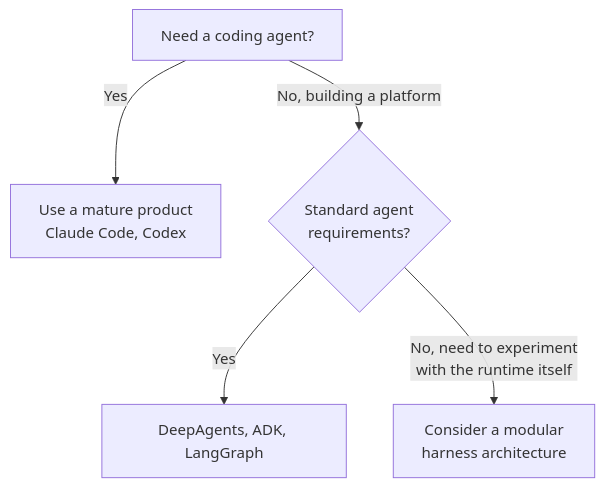
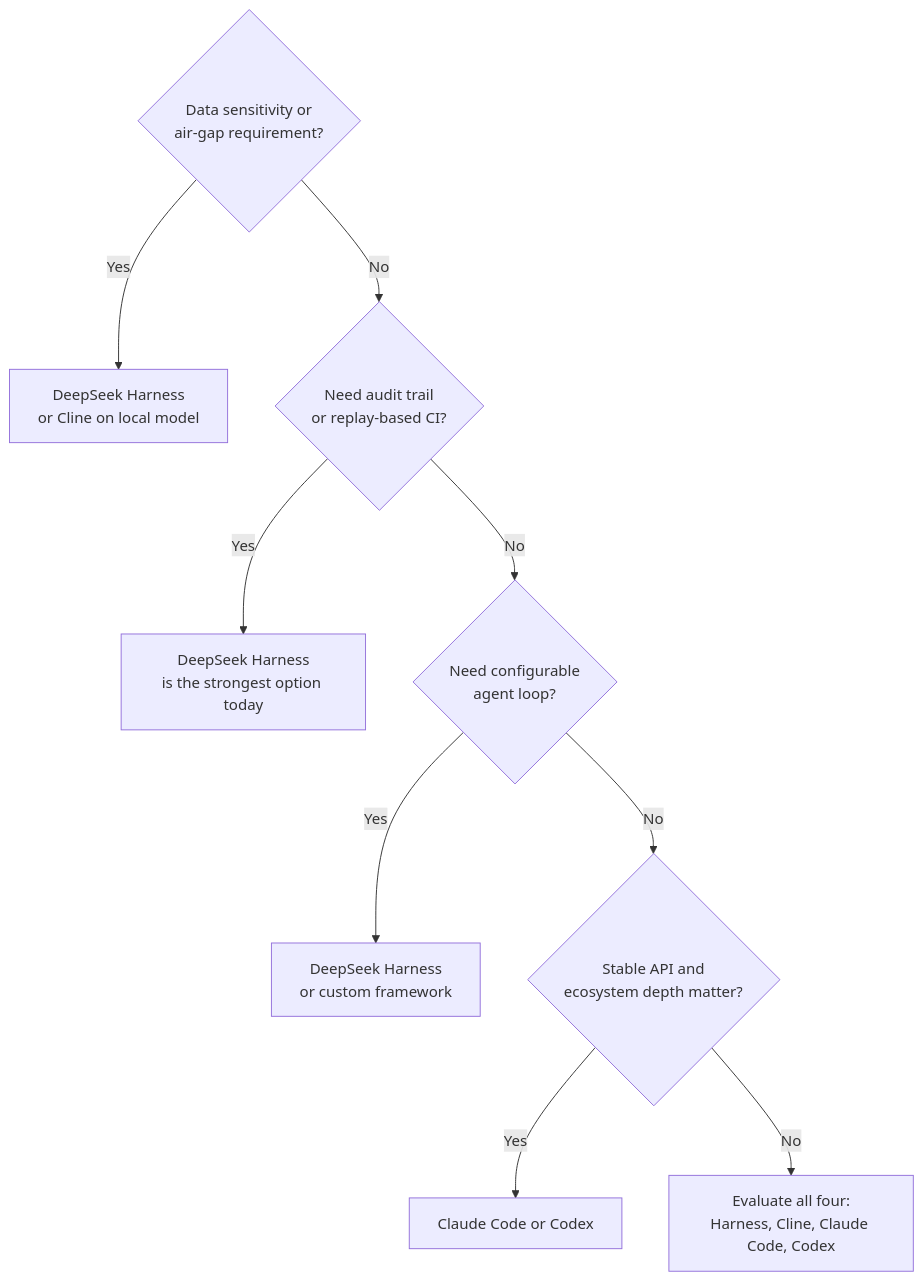
One commit to akjamie/akjamie-blog changed the second of 2 diagrams in content/post/2026-08-16-deepseek-harness-architecture-analysis.md. Above: the diagram before and after it, drawn with Mermaid. The commit also changed other lines of this file, not shown here.

Commit message:
fix(post): rewrite deepseek-harness as coding agent competitor, correct framing vs claude code/codex

````diff
--- a/content/post/2026-08-16-deepseek-harness-architecture-analysis.md
+++ b/content/post/2026-08-16-deepseek-harness-architecture-analysis.md
@@ -258,7 +189,11 @@
 ```mermaid
 flowchart TD
-    A[Need a coding agent?] -->|Yes| B[Use a mature product<br/>Claude Code, Codex]
-    A -->|No, building a platform| C{Standard agent<br/>requirements?}
-    C -->|Yes| D[DeepAgents, ADK, LangGraph]
-    C -->|No, need to experiment<br/>with the runtime itself| E[Consider a modular<br/>harness architecture]
+    A{Data sensitivity or\nair-gap requirement?} -->|Yes| B[DeepSeek Harness\nor Cline on local model]
+    A -->|No| C{Need audit trail\nor replay-based CI?}
+    C -->|Yes| D[DeepSeek Harness\nis the strongest option today]
+    C -->|No| E{Need configurable\nagent loop?}
+    E -->|Yes| F[DeepSeek Harness\nor custom framework]
+    E -->|No| G{Stable API and\necosystem depth matter?}
+    G -->|Yes| H[Claude Code or Codex]
+    G -->|No| I[Evaluate all four:\nHarness, Cline, Claude Code, Codex]
 ```
````
